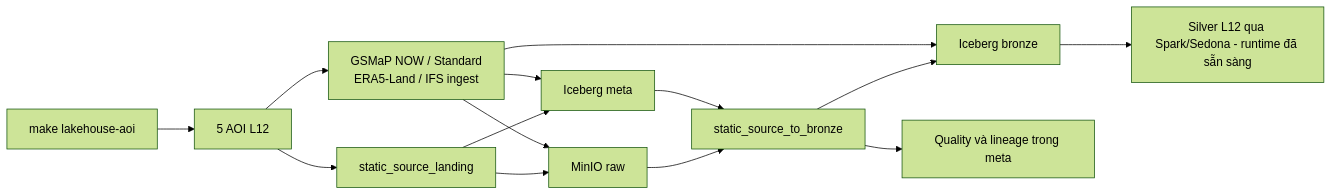
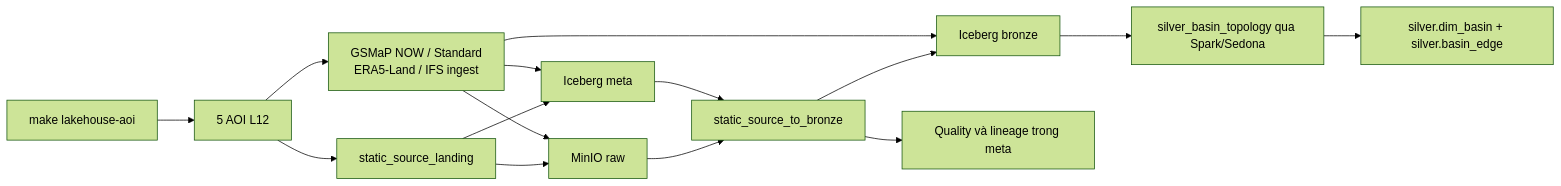
The first of 2 diagrams in README.md (cloud-vmih/flood-lake-kg), drawn with Mermaid (forest theme) before and after one commit. The commit also changed other lines of this file and 49 other files, not shown here.

Commit message:
implement pipeline basin topology

````diff
--- a/README.md
+++ b/README.md
@@ -9,16 +9,17 @@
 ```mermaid
 flowchart LR
     A[make lakehouse-aoi] --> B[5 AOI L12]
     B --> C[static_source_landing]
     C --> D[MinIO raw]
     C --> E[Iceberg meta]
     D --> F[static_source_to_bronze]
     E --> F
     F --> G[Iceberg bronze]
     F --> H[Quality và lineage trong meta]
-    G --> I[Silver L12 qua Spark/Sedona - runtime đã sẵn sàng]
+    G --> I[silver_basin_topology qua Spark/Sedona]
+    I --> J[silver.dim_basin + silver.basin_edge]
     B --> W[GSMaP NOW / Standard<br/>ERA5-Land / IFS ingest]
     W --> D
     W --> E
     W --> G
 ```
````
